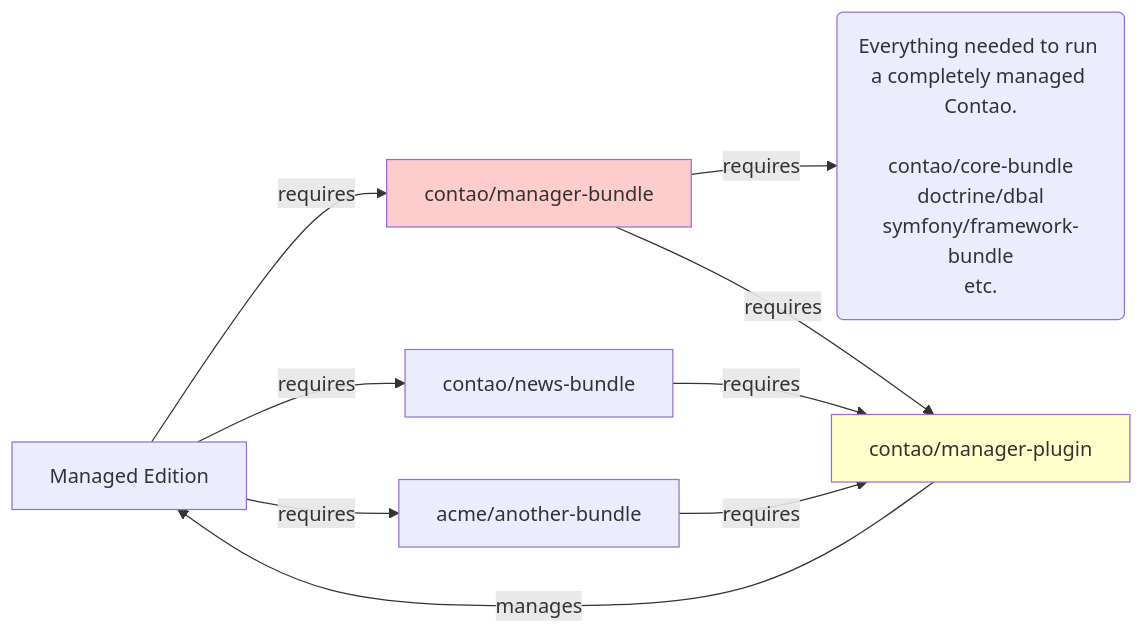
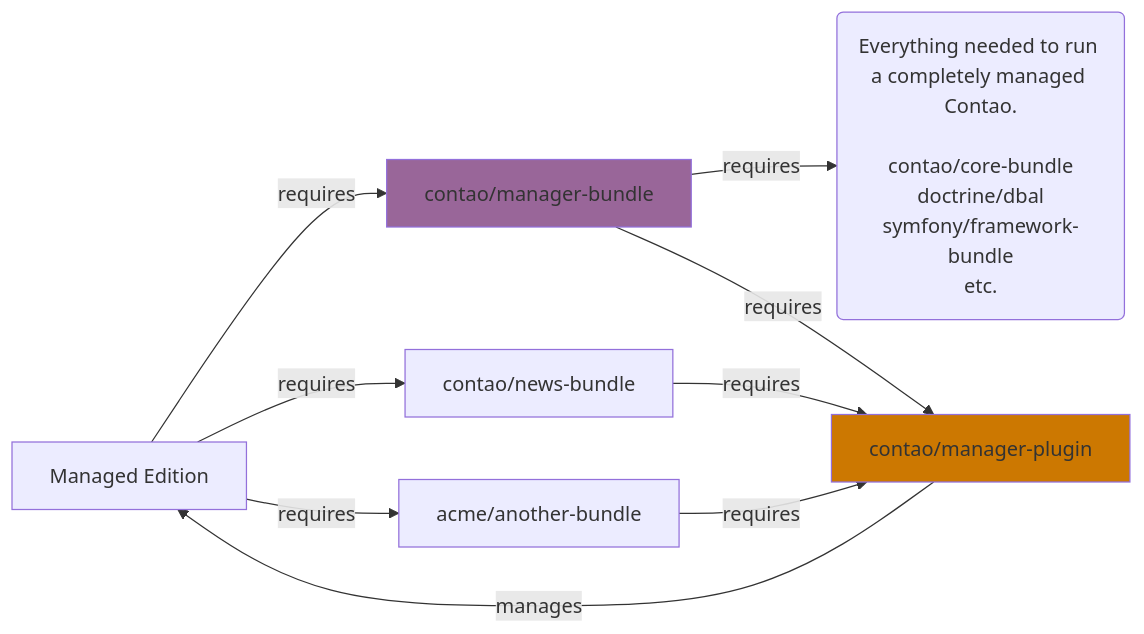
The diagram in docs/dev/getting-started/initial-setup/managed-edition.md (contao/docs), drawn with Mermaid before and after one commit. The commit also changed other lines of this file and 104 other files, not shown here.

```diff
--- a/docs/dev/getting-started/initial-setup/managed-edition.md
+++ b/docs/dev/getting-started/initial-setup/managed-edition.md
@@ -42,13 +42,13 @@
 {{<mermaid align="left">}}
 graph LR;
     A[Managed Edition]-- requires -->B[contao/manager-bundle]
     A-- requires -->C[contao/news-bundle]
     A-- requires -->D[acme/another-bundle]
     B-- requires -->F("Everything needed to run a completely managed Contao.<br><br>contao/core-bundle<br>doctrine/dbal<br>symfony/framework-bundle<br>etc.")
     B-- requires -->E[contao/manager-plugin]
     C-- requires -->E
     D-- requires -->E
     E-- manages -->A
-    style B fill:#fcc
-    style E fill:#ffc
+    style B fill:#969
+    style E fill:#cc7801
 {{< /mermaid >}}
```
